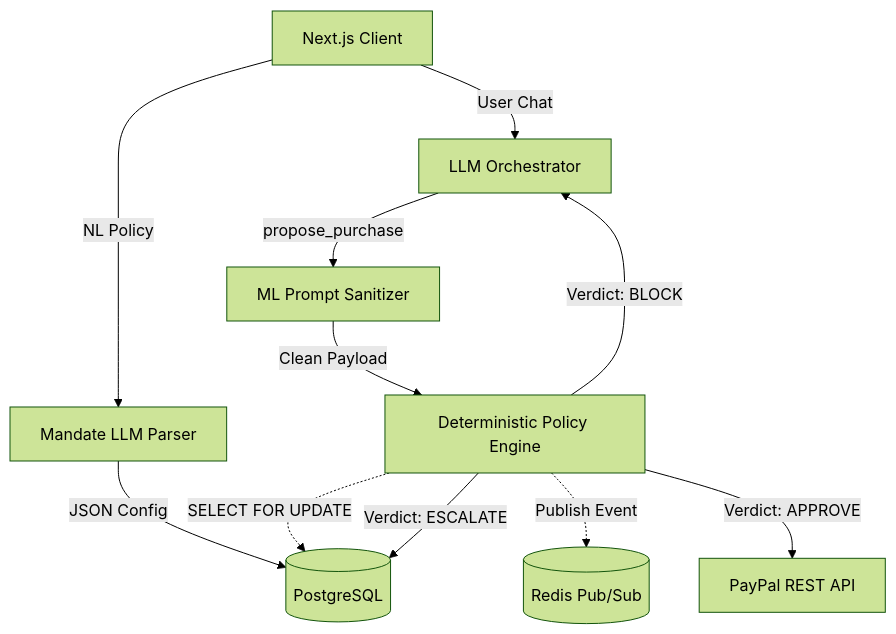
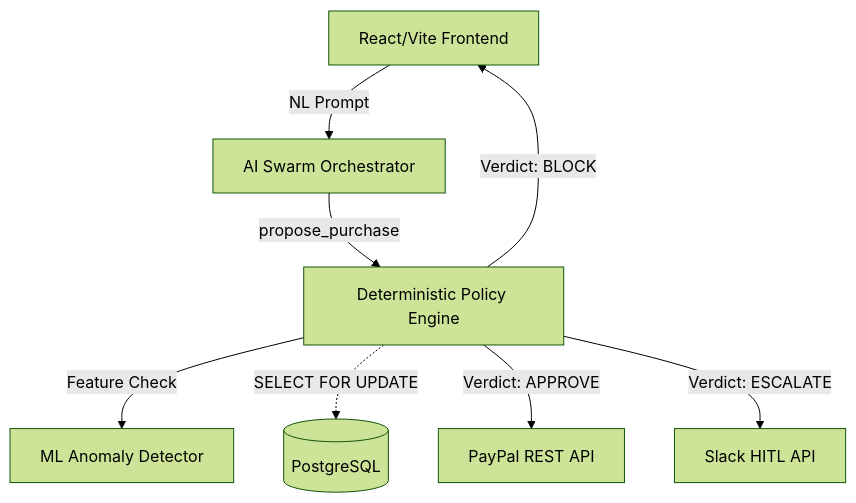
The diagram in README.md (vikassaini77/mandate), drawn with Mermaid (forest theme) before and after one commit. The commit also changed other lines of this file, not shown here.

Commit message:
docs: rewrite README to match new FAANG monorepo architecture and hackathon features

````diff
--- a/README.md
+++ b/README.md
@@ -102,25 +53,20 @@
 ```mermaid
 graph TD
-    Client[Next.js Client]
-    Agent[LLM Orchestrator]
-    Parser[Mandate LLM Parser]
-    Sanitizer[ML Prompt Sanitizer]
+    Client[React/Vite Frontend]
+    Agent[AI Swarm Orchestrator]
     Engine[Deterministic Policy Engine]
+    XAI[ML Anomaly Detector]
     DB[(PostgreSQL)]
-    Redis[(Redis Pub/Sub)]
+    Slack[Slack HITL API]
     PayPal[PayPal REST API]
     
-    Client -->|NL Policy| Parser
-    Parser -->|JSON Config| DB
-    
-    Client -->|User Chat| Agent
-    Agent -->|propose_purchase| Sanitizer
-    Sanitizer -->|Clean Payload| Engine
+    Client -->|NL Prompt| Agent
+    Agent -->|propose_purchase| Engine
+    Engine -->|Feature Check| XAI
     
     Engine -.->|SELECT FOR UPDATE| DB
-    Engine -.->|Publish Event| Redis
     
     Engine -->|Verdict: APPROVE| PayPal
-    Engine -->|Verdict: ESCALATE| DB
-    Engine -->|Verdict: BLOCK| Agent
+    Engine -->|Verdict: ESCALATE| Slack
+    Engine -->|Verdict: BLOCK| Client
 ```
````
